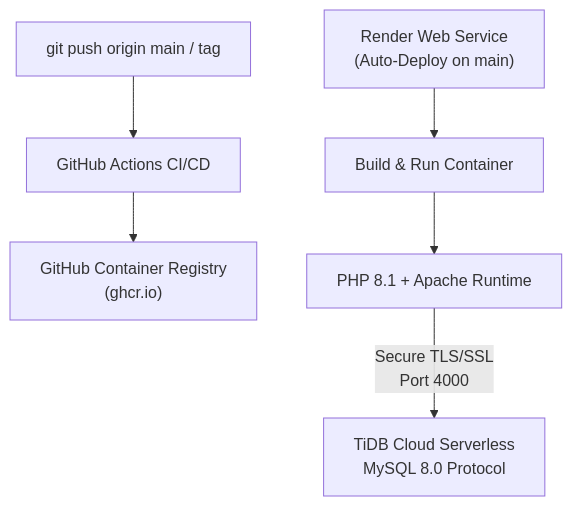
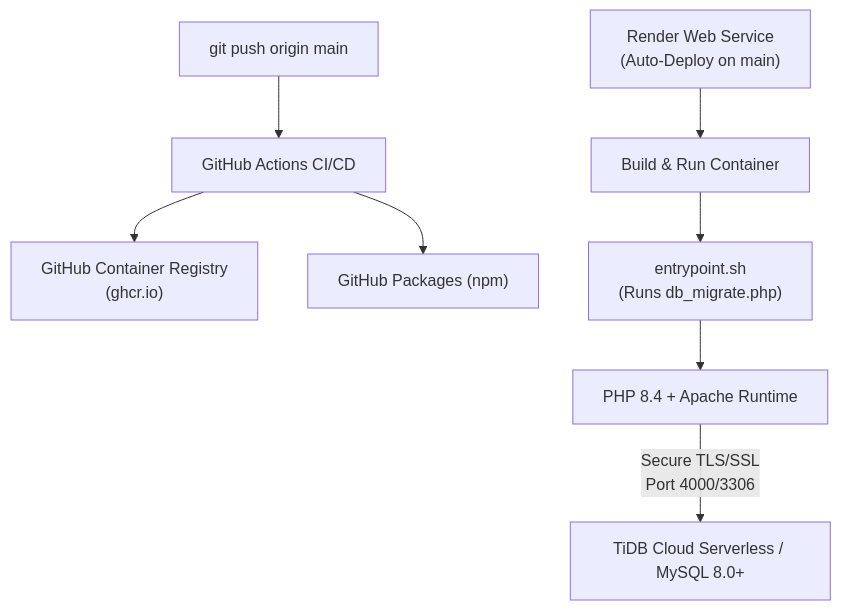
Before and after one commit to Jashan-randhawa/Bus-Resrvation: the diagram in wiki/Deployment-and-DevOps.md, drawn with Mermaid. The commit also changed other lines of this file and 4 other files, not shown here.

````diff
--- a/wiki/Deployment-and-DevOps.md
+++ b/wiki/Deployment-and-DevOps.md
@@ -9,10 +9,12 @@
 ```mermaid
 flowchart TD
-    GitPush["git push origin main / tag"] --> Actions["GitHub Actions CI/CD"]
+    GitPush["git push origin main"] --> Actions["GitHub Actions CI/CD"]
     Actions --> GHCR["GitHub Container Registry<br/>(ghcr.io)"]
+    Actions --> NPM["GitHub Packages (npm)"]
     
     Render["Render Web Service<br/>(Auto-Deploy on main)"] --> DockerBuild["Build & Run Container"]
-    DockerBuild --> App["PHP 8.1 + Apache Runtime"]
+    DockerBuild --> Entrypoint["entrypoint.sh<br/>(Runs db_migrate.php)"]
+    Entrypoint --> App["PHP 8.4 + Apache Runtime"]
     
-    App -->|Secure TLS/SSL<br/>Port 4000| TiDB["TiDB Cloud Serverless<br/>MySQL 8.0 Protocol"]
+    App -->|Secure TLS/SSL<br/>Port 4000/3306| TiDB["TiDB Cloud Serverless / MySQL 8.0+"]
 ```
````
